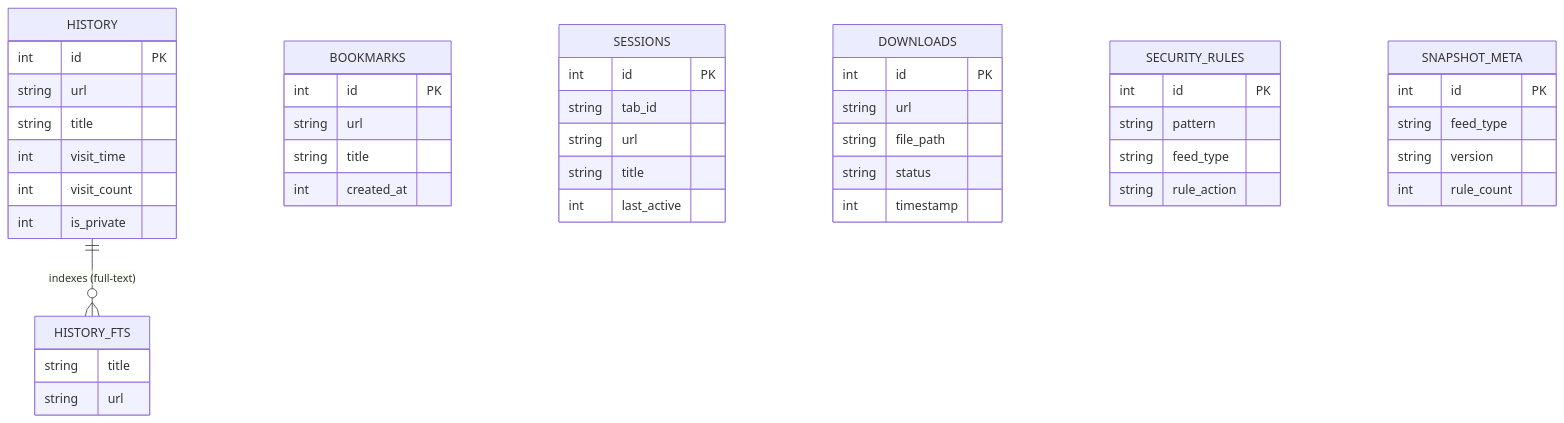
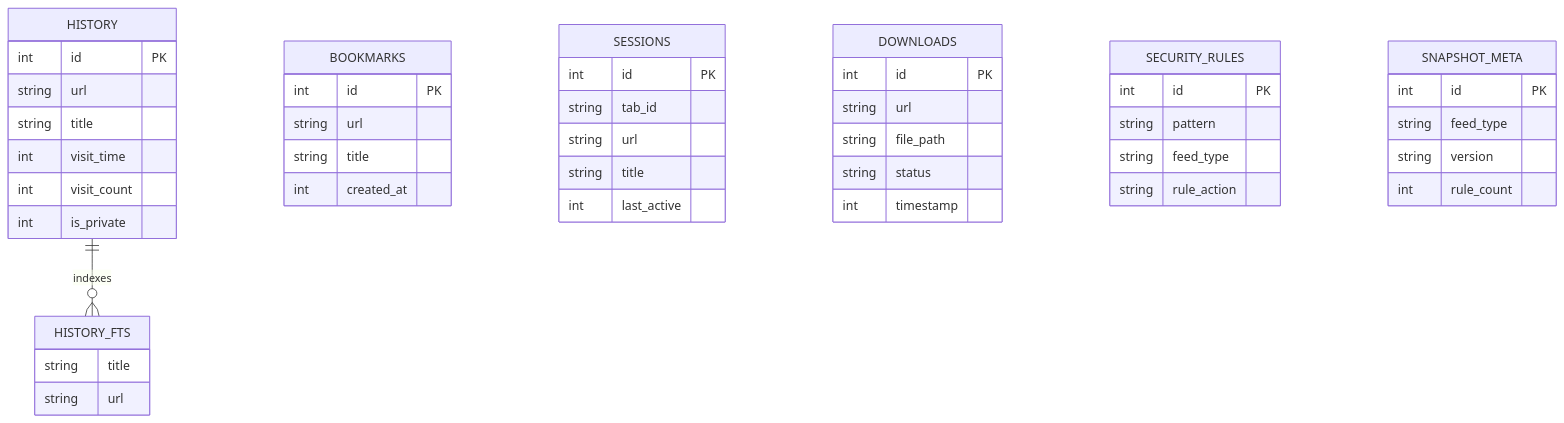
The eighth of 8 diagrams in README.md (gintama1018/BRO), drawn with Mermaid before and after one commit. The commit also changed other lines of this file, not shown here.

Commit message:
fix(docs): resolve Mermaid cyclic state and parser errors on GitHub markdown

````diff
--- a/README.md
+++ b/README.md
@@ -501,54 +478,54 @@
 ```mermaid
 erDiagram
-    HISTORY ||--o{ HISTORY_FTS : "indexes (full-text)"
+    HISTORY ||--o{ HISTORY_FTS : "indexes"
     HISTORY {
         int id PK
         string url
         string title
         int visit_time
         int visit_count
         int is_private
     }
 
     HISTORY_FTS {
         string title
         string url
     }
 
     BOOKMARKS {
         int id PK
         string url
         string title
         int created_at
     }
 
     SESSIONS {
         int id PK
         string tab_id
         string url
         string title
         int last_active
     }
 
     DOWNLOADS {
         int id PK
         string url
         string file_path
         string status
         int timestamp
     }
 
     SECURITY_RULES {
         int id PK
         string pattern
         string feed_type
         string rule_action
     }
 
     SNAPSHOT_META {
         int id PK
         string feed_type
         string version
         int rule_count
     }
 ```
````
